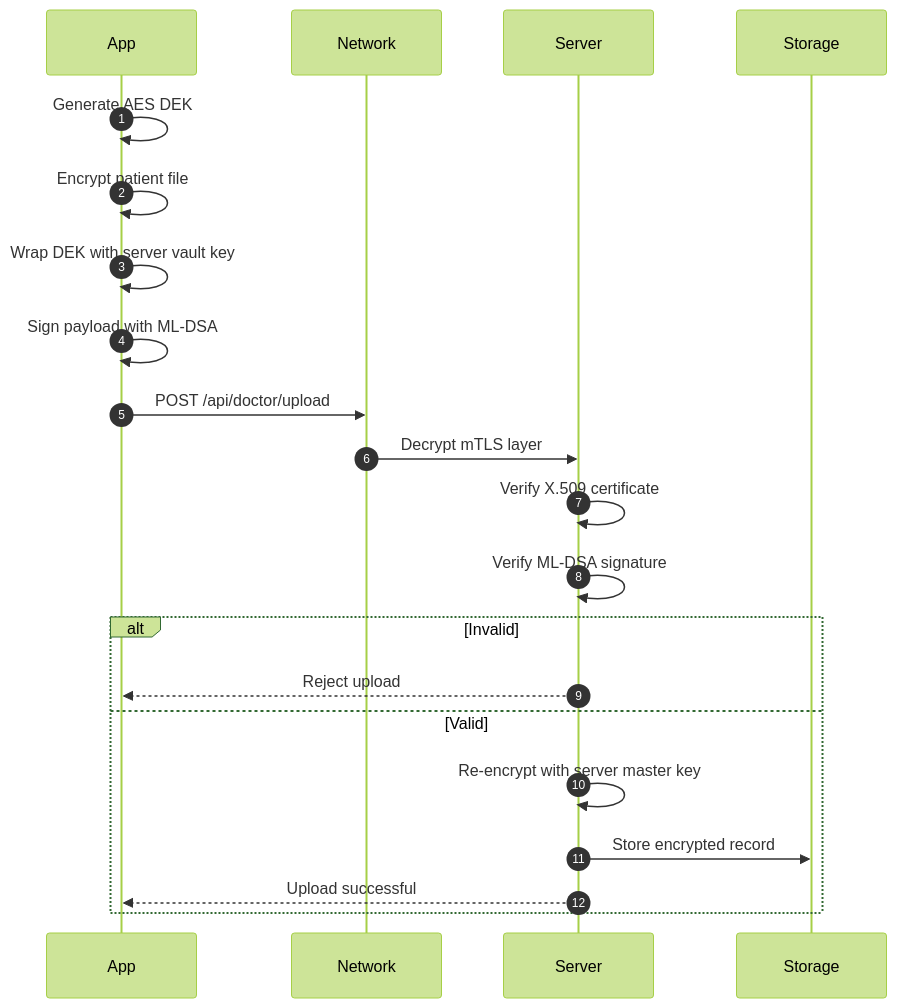
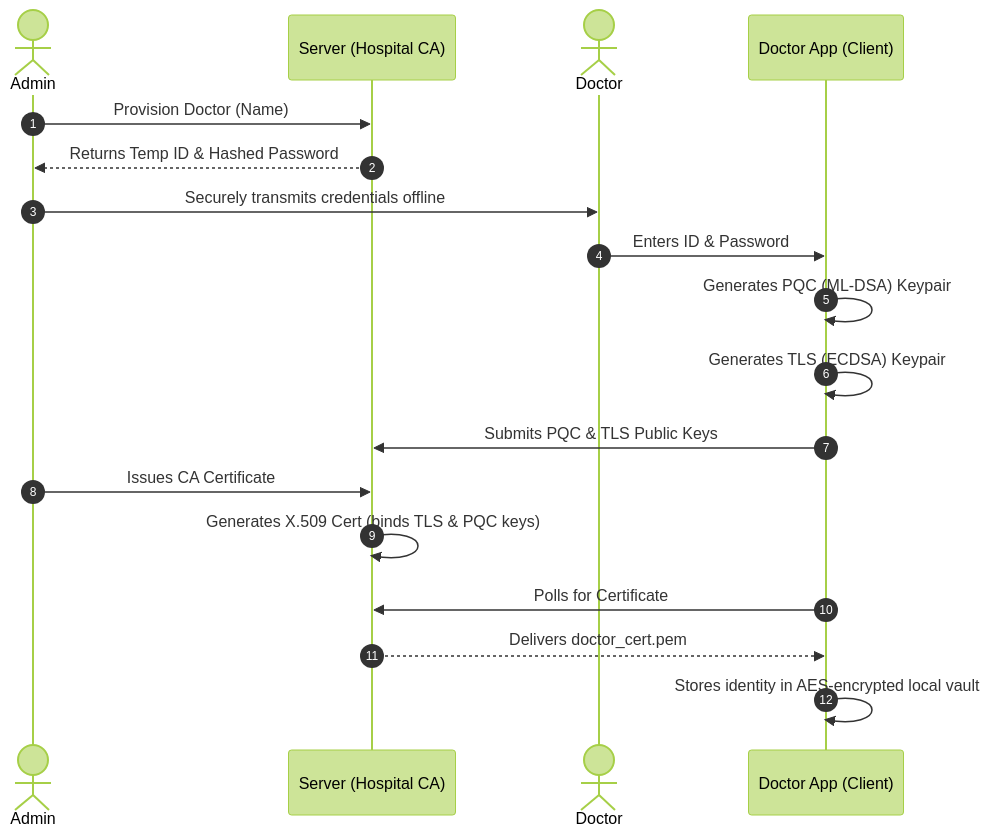
Before and after one commit to SanjitKamath/VAULTQ: the diagram in Readme.md, drawn with Mermaid (forest theme). The commit also changed other lines of this file, not shown here.

````diff
--- a/Readme.md
+++ b/Readme.md
@@ -78,26 +55,24 @@
 ```mermaid
 sequenceDiagram
     autonumber
-    participant App
-    participant Network
-    participant Server
-    participant Storage
+    actor Admin
+    participant Server as Server (Hospital CA)
+    actor Doctor
+    participant Client as Doctor App (Client)
 
-    App->>App: Generate AES DEK
-    App->>App: Encrypt patient file
-    App->>App: Wrap DEK with server vault key
-    App->>App: Sign payload with ML-DSA
-    App->>Network: POST /api/doctor/upload
+    Admin->>Server: Provision Doctor (Name)
+    Server-->>Admin: Returns Temp ID & Hashed Password
+    Admin->>Doctor: Securely transmits credentials offline
 
-    Network->>Server: Decrypt mTLS layer
-    Server->>Server: Verify X.509 certificate
-    Server->>Server: Verify ML-DSA signature
+    Doctor->>Client: Enters ID & Password
+    Client->>Client: Generates PQC (ML-DSA) Keypair
+    Client->>Client: Generates TLS (ECDSA) Keypair
+    Client->>Server: Submits PQC & TLS Public Keys
 
-    alt Invalid
-        Server-->>App: Reject upload
-    else Valid
-        Server->>Server: Re-encrypt with server master key
-        Server->>Storage: Store encrypted record
-        Server-->>App: Upload successful
-    end
+    Admin->>Server: Issues CA Certificate
+    Server->>Server: Generates X.509 Cert (binds TLS & PQC keys)
+
+    Client->>Server: Polls for Certificate
+    Server-->>Client: Delivers doctor_cert.pem
+    Client->>Client: Stores identity in AES-encrypted local vault
 ```
````
